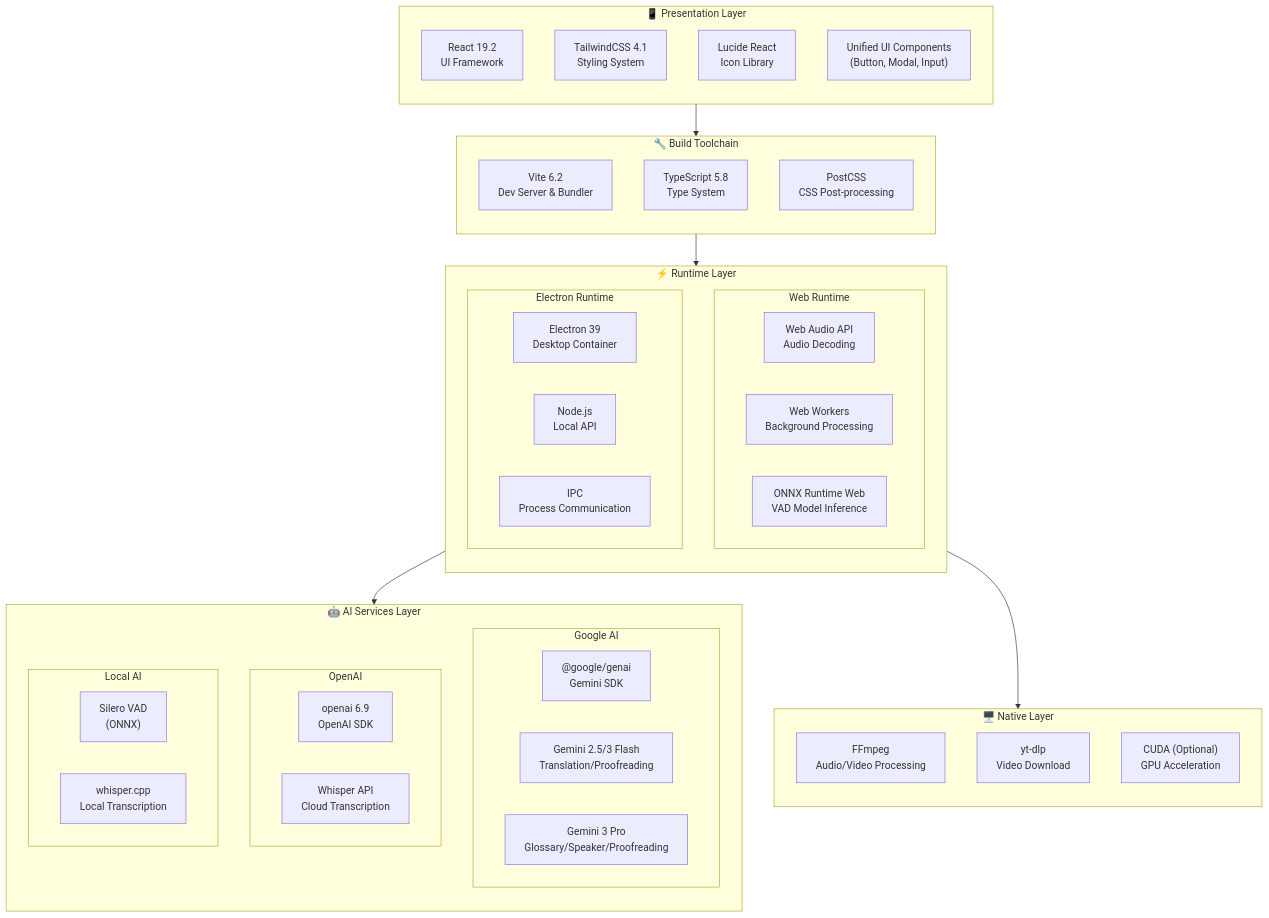
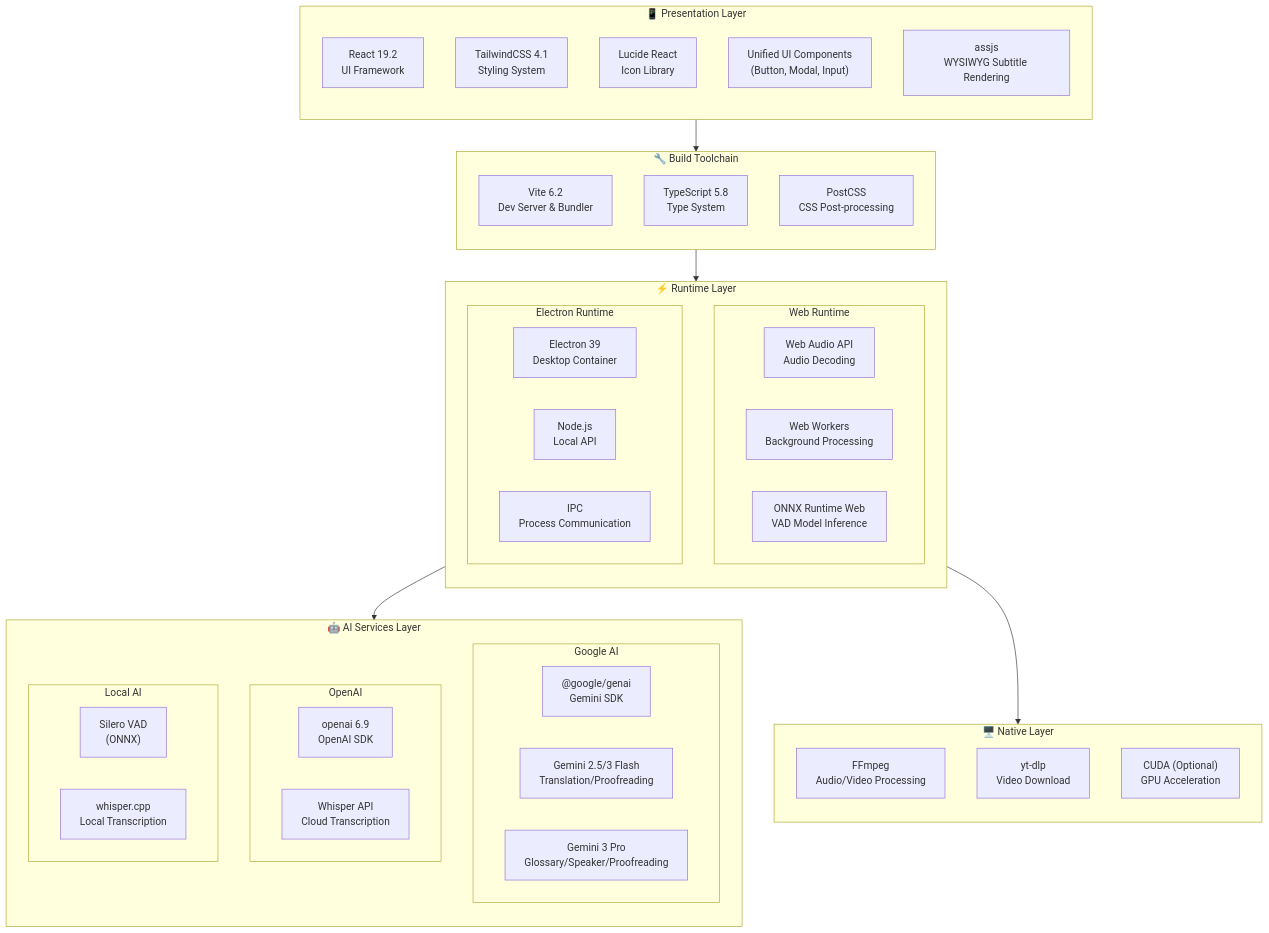
One commit to corvo007/MioSub changed the first of 15 diagrams in docs/ARCHITECTURE.md. Above: the diagram before and after it, drawn with Mermaid. The commit also changed other lines of this file and 3 other files, not shown here.

First line of the commit message:
docs: update README and ARCHITECTURE documentation for v2.11.0

````diff
--- a/docs/ARCHITECTURE.md
+++ b/docs/ARCHITECTURE.md
@@ -18,65 +18,66 @@
 ```mermaid
 flowchart TB
     subgraph PRESENTATION["📱 Presentation Layer"]
         direction TB
         REACT["React 19.2<br/>UI Framework"]
         TAILWIND["TailwindCSS 4.1<br/>Styling System"]
         LUCIDE["Lucide React<br/>Icon Library"]
         UI_LIB["Unified UI Components<br/>(Button, Modal, Input)"]
+        ASSJS["assjs<br/>WYSIWYG Subtitle Rendering"]
     end
 
     subgraph BUILD["🔧 Build Toolchain"]
         direction TB
         VITE["Vite 6.2<br/>Dev Server & Bundler"]
         TS["TypeScript 5.8<br/>Type System"]
         POSTCSS["PostCSS<br/>CSS Post-processing"]
     end
 
     subgraph RUNTIME["⚡ Runtime Layer"]
         direction TB
 
         subgraph WEB["Web Runtime"]
             WEB_AUDIO["Web Audio API<br/>Audio Decoding"]
             WEB_WORKER["Web Workers<br/>Background Processing"]
             ONNX["ONNX Runtime Web<br/>VAD Model Inference"]
         end
 
         subgraph ELECTRON_RT["Electron Runtime"]
             ELECTRON["Electron 39<br/>Desktop Container"]
             NODE["Node.js<br/>Local API"]
             IPC["IPC<br/>Process Communication"]
         end
     end
 
     subgraph AI["🤖 AI Services Layer"]
         direction TB
 
         subgraph GOOGLE["Google AI"]
             GEMINI_SDK["@google/genai<br/>Gemini SDK"]
             FLASH["Gemini 2.5/3 Flash<br/>Translation/Proofreading"]
             PRO["Gemini 3 Pro<br/>Glossary/Speaker/Proofreading"]
         end
 
         subgraph OPENAI_SVC["OpenAI"]
             OPENAI_SDK["openai 6.9<br/>OpenAI SDK"]
             WHISPER_API["Whisper API<br/>Cloud Transcription"]
         end
 
         subgraph LOCAL_AI["Local AI"]
             VAD["Silero VAD<br/>(ONNX)"]
             WHISPER_CPP["whisper.cpp<br/>Local Transcription"]
         end
     end
 
     subgraph NATIVE["🖥️ Native Layer"]
         direction TB
         FFMPEG_BIN["FFmpeg<br/>Audio/Video Processing"]
         YT_DLP["yt-dlp<br/>Video Download"]
         CUDA["CUDA (Optional)<br/>GPU Acceleration"]
     end
 
     PRESENTATION --> BUILD
     BUILD --> RUNTIME
     RUNTIME --> AI
     ELECTRON_RT --> NATIVE
 ```
````
